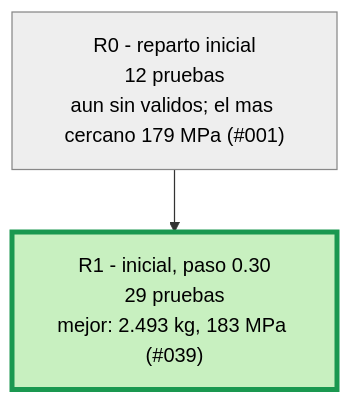
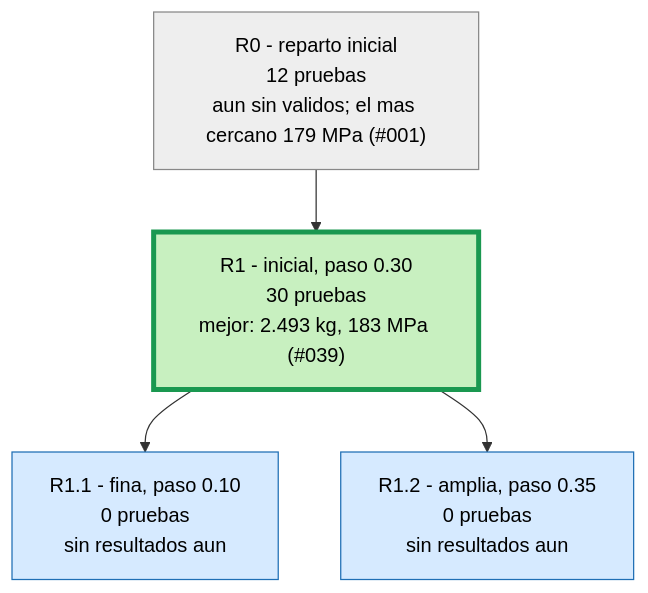
One commit to Hugiko/msd-soporte-optimizacion changed the second of 3 diagrams in runs/opt_37800N/ARBOL.md. Above: the diagram before and after it, drawn with Mermaid. The commit also changed 16 other files, not shown here.

````diff
--- a/runs/opt_37800N/ARBOL.md
+++ b/runs/opt_37800N/ARBOL.md
@@ -21,9 +21,13 @@
 ```mermaid
 graph TD
 classDef activa fill:#d6eaff,stroke:#1f6fb5,color:#000
 classDef fin fill:#eeeeee,stroke:#888,color:#000
 classDef mejor fill:#c8f0c0,stroke:#1a9850,stroke-width:4px,color:#000
 R0["R0 - reparto inicial<br/>12 pruebas<br/>aun sin validos; el mas cercano 179 MPa (#001)"]:::fin
-R1["R1 - inicial, paso 0.30<br/>29 pruebas<br/>mejor: 2.493 kg, 183 MPa (#039)"]:::mejor
+R1["R1 - inicial, paso 0.30<br/>30 pruebas<br/>mejor: 2.493 kg, 183 MPa (#039)"]:::mejor
 R0 --> R1
+R1_1["R1.1 - fina, paso 0.10<br/>0 pruebas<br/>sin resultados aun"]:::activa
+R1 --> R1_1
+R1_2["R1.2 - amplia, paso 0.35<br/>0 pruebas<br/>sin resultados aun"]:::activa
+R1 --> R1_2
 ```
````
